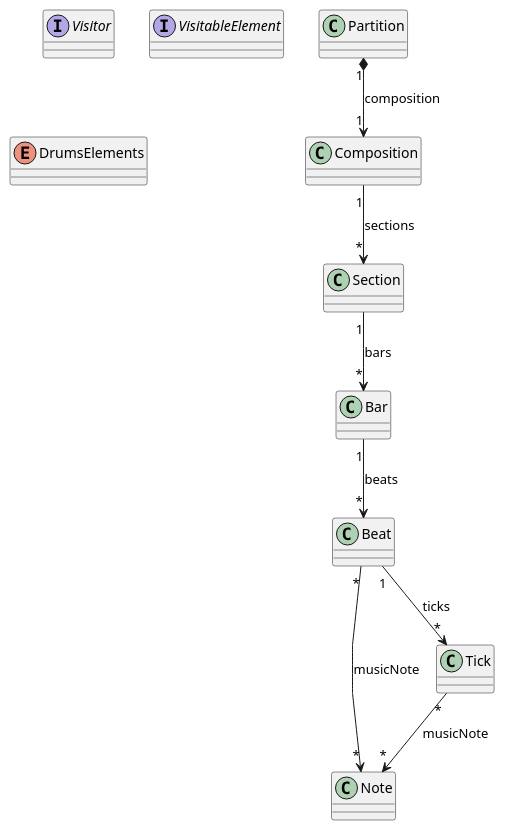
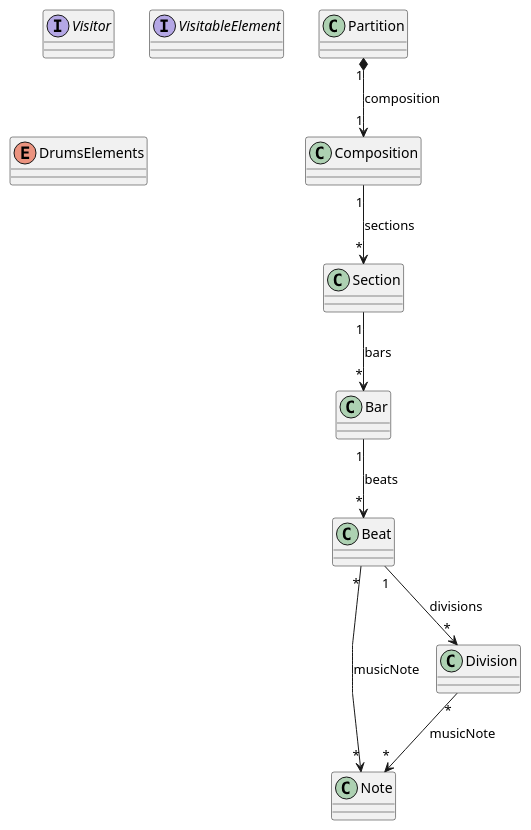
One commit to alexisgra/Rythm-ML changed the diagram in kernel/kernel.plantuml. Above: the diagram before and after it, drawn with PlantUML. The commit also changed 6 other files, not shown here.

Commit message:
Rename Tick into Division and rework visitor

```diff
--- a/kernel/kernel.plantuml
+++ b/kernel/kernel.plantuml
@@ -1,49 +1,49 @@
 @startuml
 skinparam linetype polyline
 
 
 Interface Visitor{
 }
 Interface VisitableElement{
 }
 
 class Partition {
 }
 
 ' Tracks
 class Note {
 }
 
 ' TemporalGrid
 class Composition {
 }
 class Section {
 }
 class Bar {
 }
 class Beat {
 }
-class Tick {
+class Division {
 }
 
 
 
 ' Enum Declaration
 enum DrumsElements {
 
 }
 
 ' All attributes
 
 Partition "1" *--> "1" Composition : composition
 
 
 ' Grid
 Composition "1" --> "*" Section : sections
 Section "1" --> "*" Bar : bars
 Bar "1" --> "*" Beat : beats
-Beat "1" --> "*" Tick : ticks
+Beat "1" --> "*" Division : divisions
 Beat "*" --> "*" Note : musicNote
-Tick "*" --> "*" Note : musicNote
+Division "*" --> "*" Note : musicNote
 
 @enduml
```
